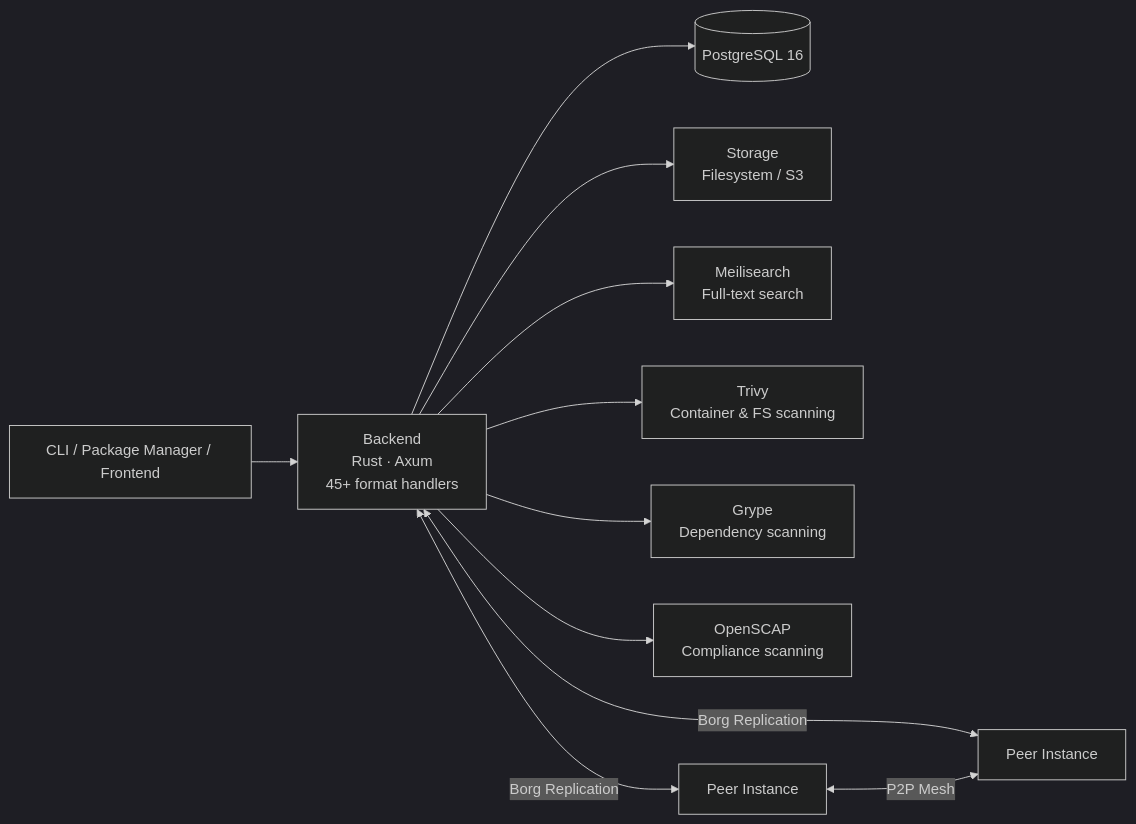
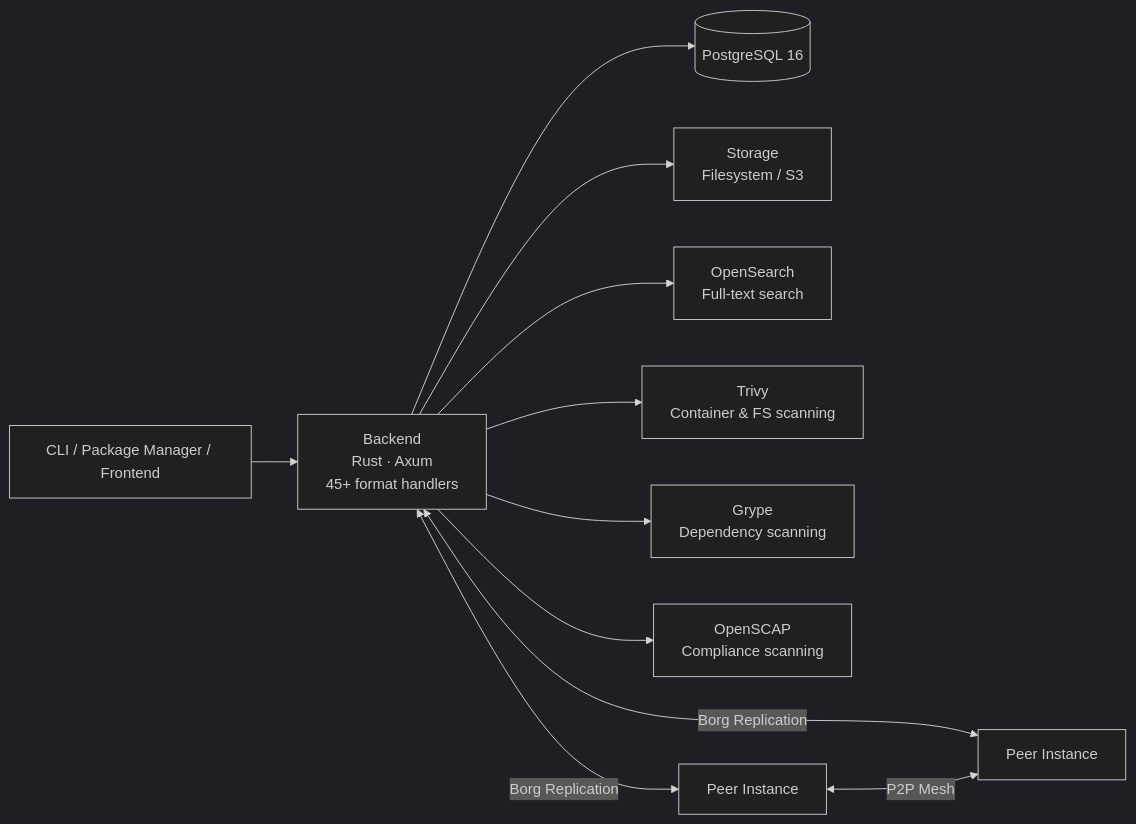
The first of 5 diagrams in README.md (artifact-keeper/artifact-keeper), drawn with Mermaid (dark theme) before and after one commit. The commit also changed other lines of this file and 31 other files, not shown here.

First line of the commit message:
feat: replace Meilisearch with OpenSearch for search indexing (#830)

````diff
--- a/README.md
+++ b/README.md
@@ -31,24 +31,24 @@
 ```mermaid
 graph LR
     Client["CLI / Package Manager / Frontend"]
     Backend["Backend<br/>Rust · Axum<br/>45+ format handlers"]
     DB[(PostgreSQL 16)]
     Storage["Storage<br/>Filesystem / S3"]
-    Meili["Meilisearch<br/>Full-text search"]
+    Meili["OpenSearch<br/>Full-text search"]
     Trivy["Trivy<br/>Container & FS scanning"]
     Grype["Grype<br/>Dependency scanning"]
     OpenSCAP["OpenSCAP<br/>Compliance scanning"]
     Peer1["Peer Instance"]
     Peer2["Peer Instance"]
 
     Client --> Backend
     Backend --> DB
     Backend --> Storage
     Backend --> Meili
     Backend --> Trivy
     Backend --> Grype
     Backend --> OpenSCAP
     Backend <-->|Borg Replication| Peer1
     Backend <-->|Borg Replication| Peer2
     Peer1 <-->|P2P Mesh| Peer2
 ```
````
